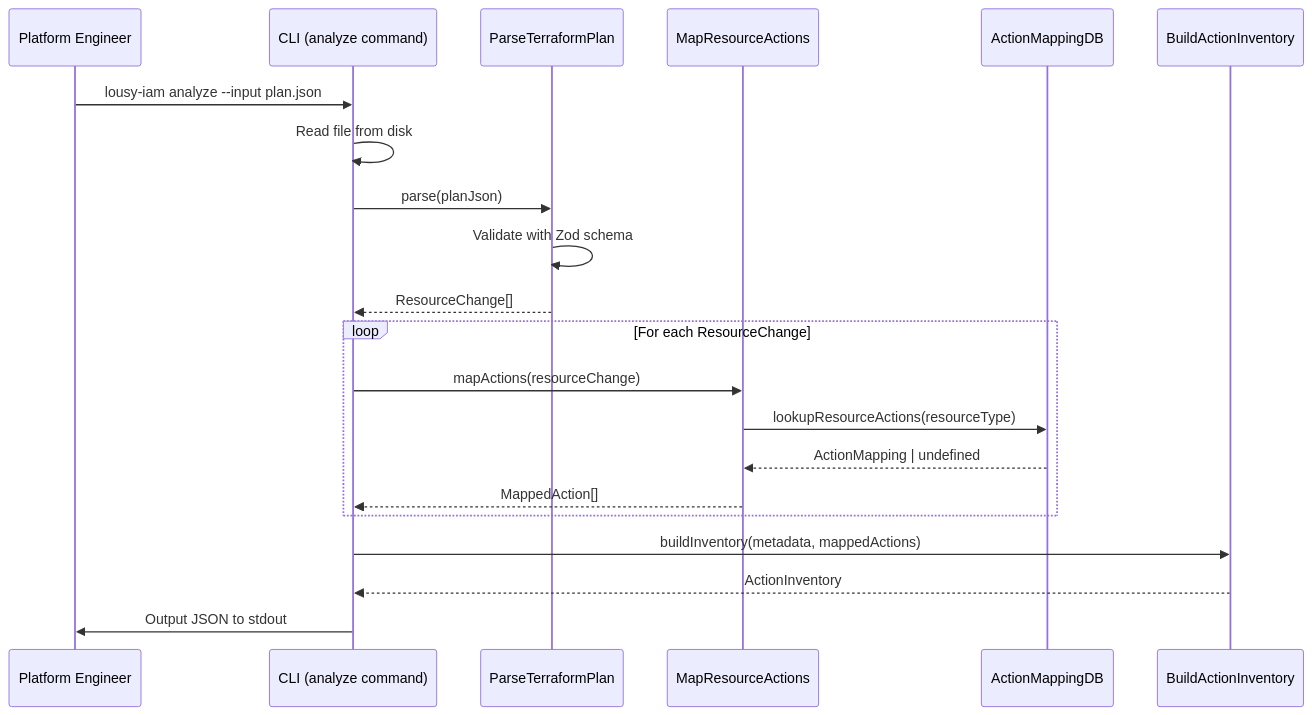
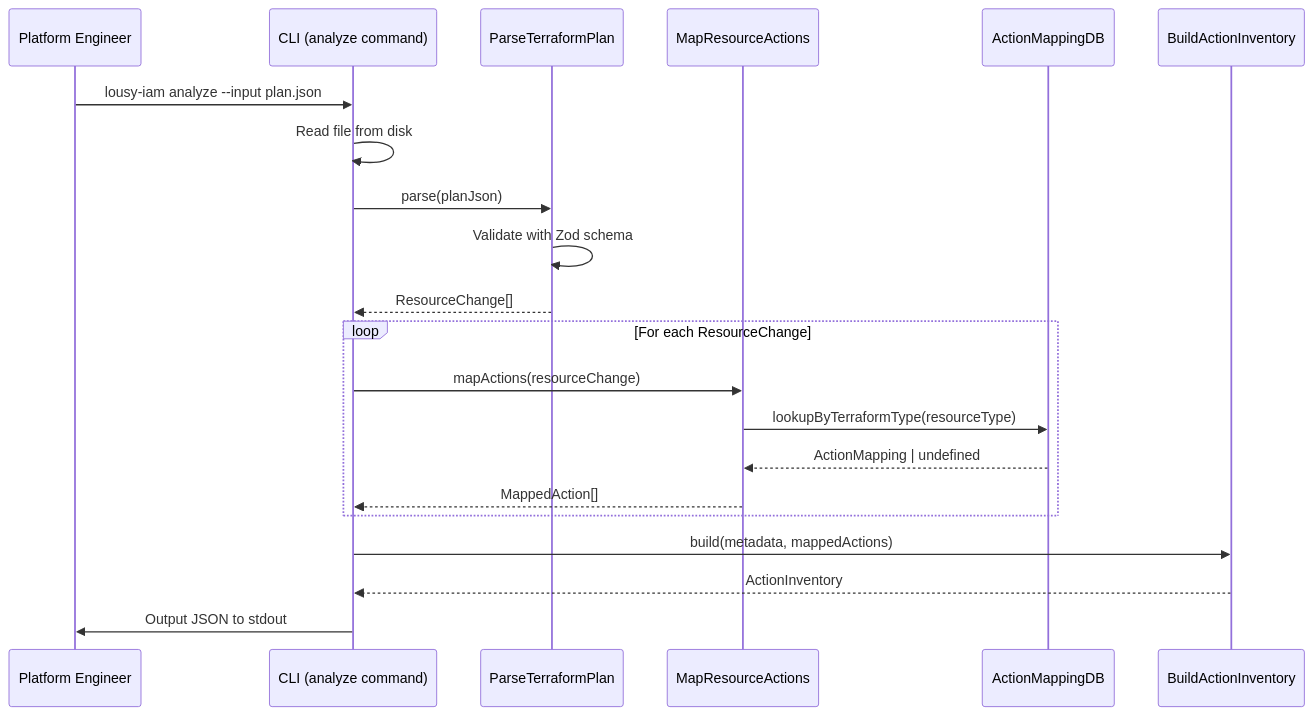
One commit to zpratt/lousy-iam changed the second of 2 diagrams in .github/specs/phase-1-plan-synth-analysis-spec.md. Above: the diagram before and after it, drawn with Mermaid. The commit also changed other lines of this file and 3 other files, not shown here.

````diff
--- a/.github/specs/phase-1-plan-synth-analysis-spec.md
+++ b/.github/specs/phase-1-plan-synth-analysis-spec.md
@@ -99,26 +99,26 @@
 ```mermaid
 sequenceDiagram
     participant User as Platform Engineer
     participant CLI as CLI (analyze command)
     participant Parser as ParseTerraformPlan
     participant Mapper as MapResourceActions
     participant DB as ActionMappingDB
     participant Builder as BuildActionInventory
 
     User->>CLI: lousy-iam analyze --input plan.json
     CLI->>CLI: Read file from disk
     CLI->>Parser: parse(planJson)
     Parser->>Parser: Validate with Zod schema
     Parser-->>CLI: ResourceChange[]
 
     loop For each ResourceChange
         CLI->>Mapper: mapActions(resourceChange)
-        Mapper->>DB: lookupResourceActions(resourceType)
+        Mapper->>DB: lookupByTerraformType(resourceType)
         DB-->>Mapper: ActionMapping | undefined
         Mapper-->>CLI: MappedAction[]
     end
 
-    CLI->>Builder: buildInventory(metadata, mappedActions)
+    CLI->>Builder: build(metadata, mappedActions)
     Builder-->>CLI: ActionInventory
     CLI->>User: Output JSON to stdout
 ```
````
